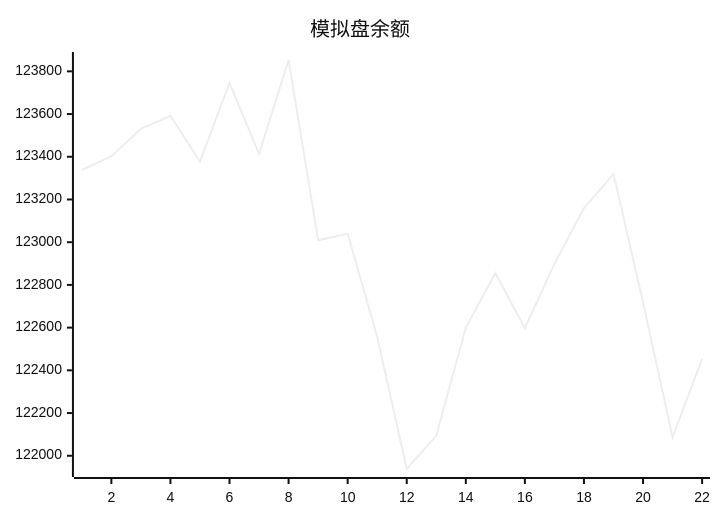
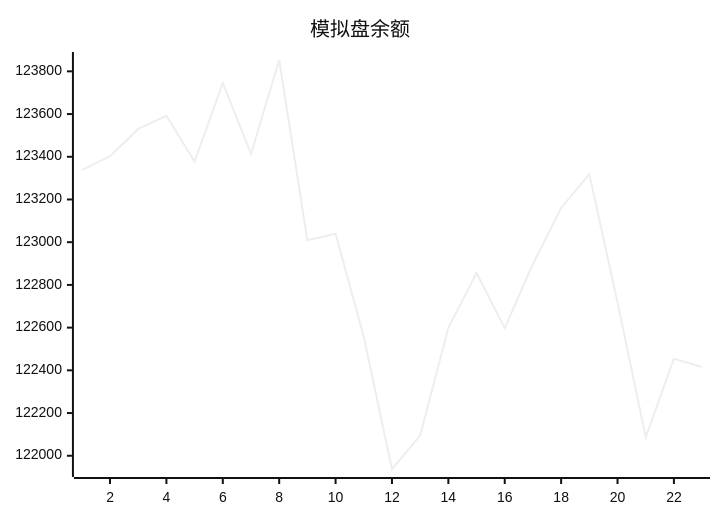
One commit to aahl/mcp-aktools changed the diagram in trading/README.md. Above: the diagram before and after it, drawn with Mermaid (neutral theme). The commit also changed 1 other file, not shown here.

Commit message:
📈 AkTools MCP Server

````diff
--- a/trading/README.md
+++ b/trading/README.md
@@ -3,5 +3,5 @@
 ```mermaid
 xychart
     title "模拟盘余额"
-    line [123337.9,123402.4,123530.3,123591.6,123377.9,123745.3,123413.3,123853.1,123009.4,123039.8,122557.0,121938.0,122094.6,122599.0,122856.1,122597.3,122898.1,123160.2,123318.8,122719.1,122086.7,122454.1]
+    line [123337.9,123402.4,123530.3,123591.6,123377.9,123745.3,123413.3,123853.1,123009.4,123039.8,122557.0,121938.0,122094.6,122599.0,122856.1,122597.3,122898.1,123160.2,123318.8,122719.1,122086.7,122454.1,122415.9]
 ```
````
